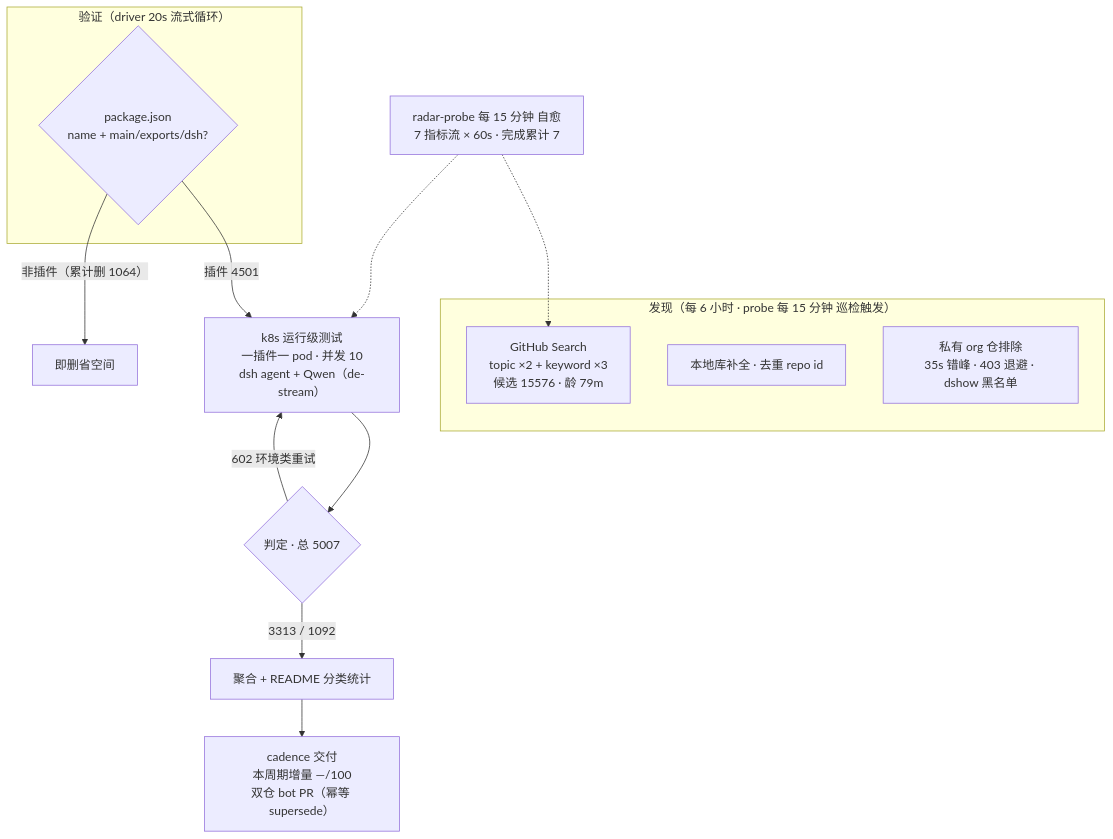
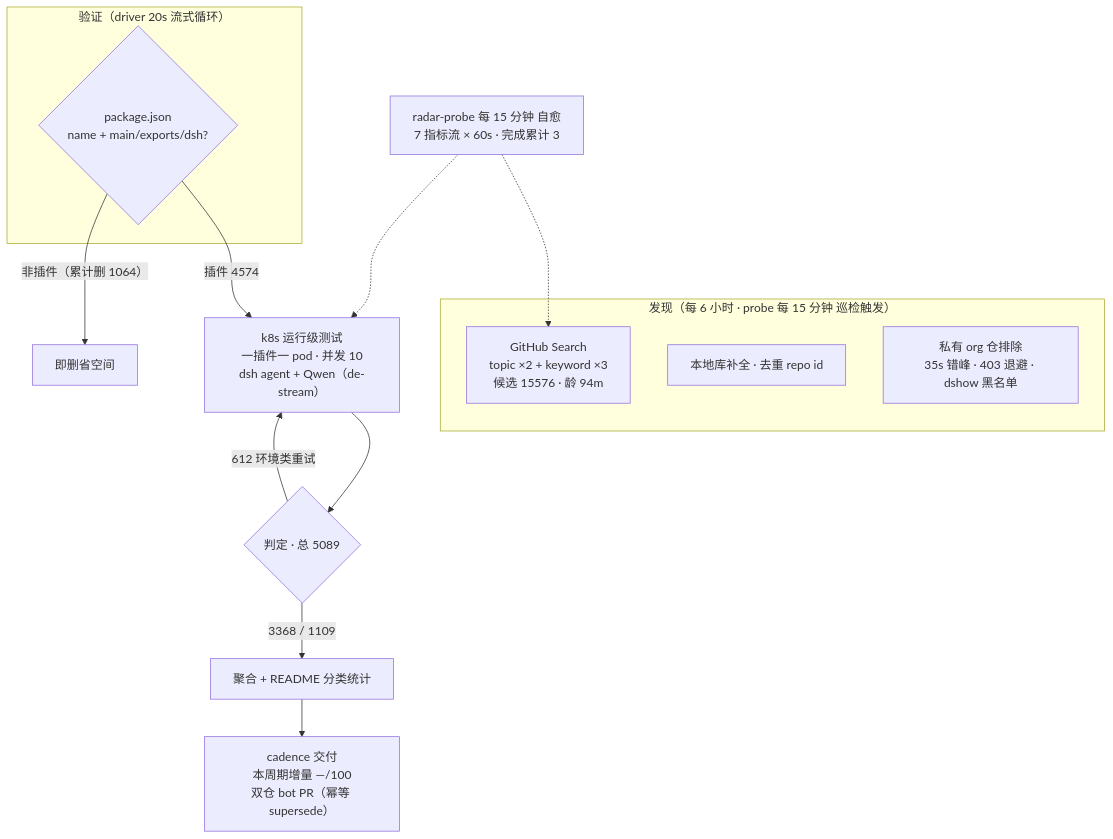
Before and after one commit to Zhidao-Lab-OSS/awesome-dsh-plugins: the diagram in README.md, drawn with Mermaid. The commit also changed other lines of this file and 1 other file, not shown here.

````diff
--- a/README.md
+++ b/README.md
@@ -37,20 +37,20 @@
 ```mermaid
 flowchart TB
     subgraph Discovery["发现（每 6 小时 · probe 每 15 分钟 巡检触发）"]
-        A1["GitHub Search<br/>topic ×2 + keyword ×3<br/>候选 15576 · 龄 79m"]
+        A1["GitHub Search<br/>topic ×2 + keyword ×3<br/>候选 15576 · 龄 94m"]
         A2["本地库补全 · 去重 repo id"]
         A3["私有 org 仓排除<br/>35s 错峰 · 403 退避 · dshow 黑名单"]
     end
     subgraph Validation["验证（driver 20s 流式循环）"]
         B1{"package.json<br/>name + main/exports/dsh?"}
     end
-    B1 -->|"插件 4501"| C1["k8s 运行级测试<br/>一插件一 pod · 并发 10<br/>dsh agent + Qwen（de-stream）"]
+    B1 -->|"插件 4574"| C1["k8s 运行级测试<br/>一插件一 pod · 并发 10<br/>dsh agent + Qwen（de-stream）"]
     B1 -->|"非插件（累计删 1064）"| B3["即删省空间"]
-    C1 --> D1{"判定 · 总 5007"}
-    D1 -->|"3313 / 1092"| E1["聚合 + README 分类统计"]
-    D1 -->|"602 环境类重试"| C1
+    C1 --> D1{"判定 · 总 5089"}
+    D1 -->|"3368 / 1109"| E1["聚合 + README 分类统计"]
+    D1 -->|"612 环境类重试"| C1
     E1 --> E2["cadence 交付<br/>本周期增量 —/100<br/>双仓 bot PR（幂等 supersede）"]
-    M["radar-probe 每 15 分钟 自愈<br/>7 指标流 × 60s · 完成累计 7"]
+    M["radar-probe 每 15 分钟 自愈<br/>7 指标流 × 60s · 完成累计 3"]
     M -.-> A1
     M -.-> C1
 ```
````
